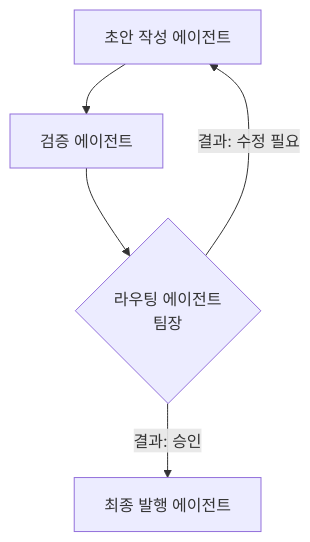
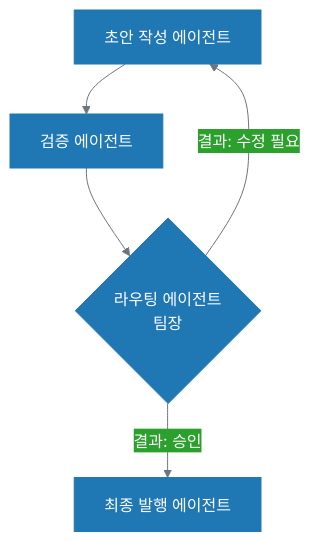
The fourth of 4 diagrams in book/07-process-workflow.md (wooxist/ai-instructions), drawn with Mermaid before and after one commit. The commit also changed other lines of this file and 21 other files, not shown here.

````diff
--- a/book/07-process-workflow.md
+++ b/book/07-process-workflow.md
@@ -74,7 +107,18 @@
 ```mermaid
+%%{init: {
+  'theme': 'base',
+  'themeVariables': {
+    'primaryColor': '#1f77b4',
+    'primaryTextColor': '#ffffff',
+    'primaryBorderColor': '#1f77b4',
+    'lineColor': '#6c757d',
+    'background': 'transparent',
+    'edgeLabelBackground': '#2ca02c'
+  }
+}}%%
 graph TD
     A[초안 작성 에이전트] --> B[검증 에이전트]
     B --> C{라우팅 에이전트<br/>팀장}
     C -- "결과: 승인" --> D[최종 발행 에이전트]
     C -- "결과: 수정 필요" --> A
 ```
````
